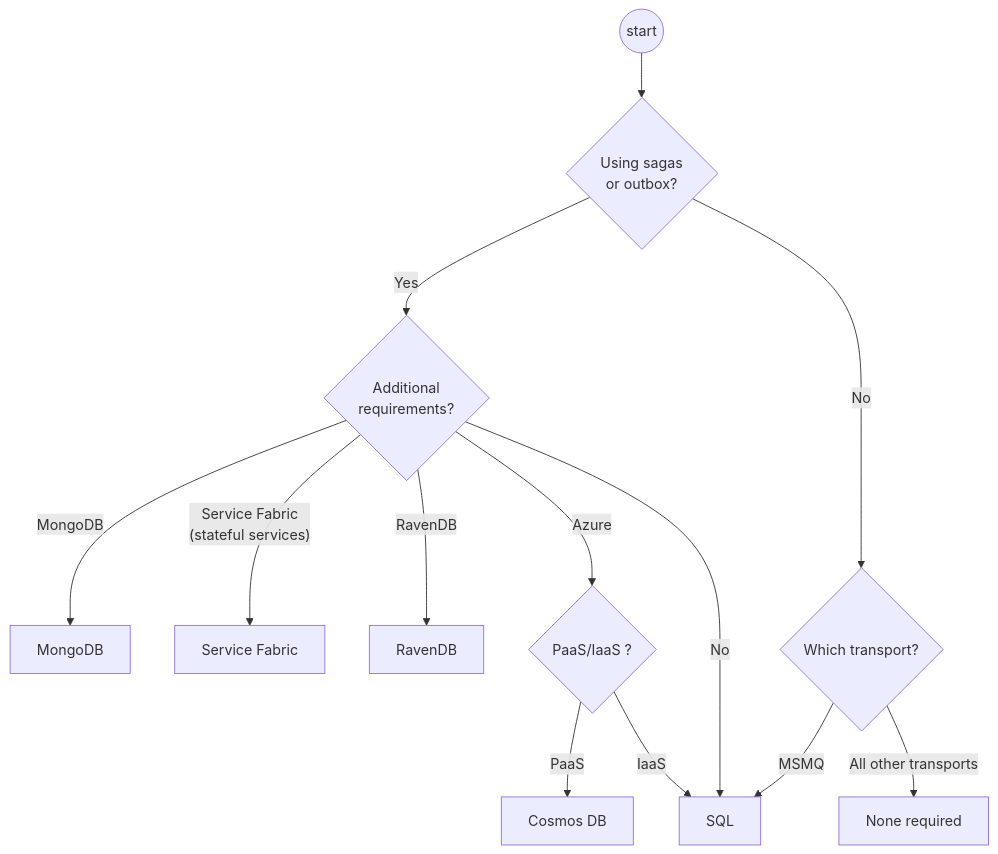
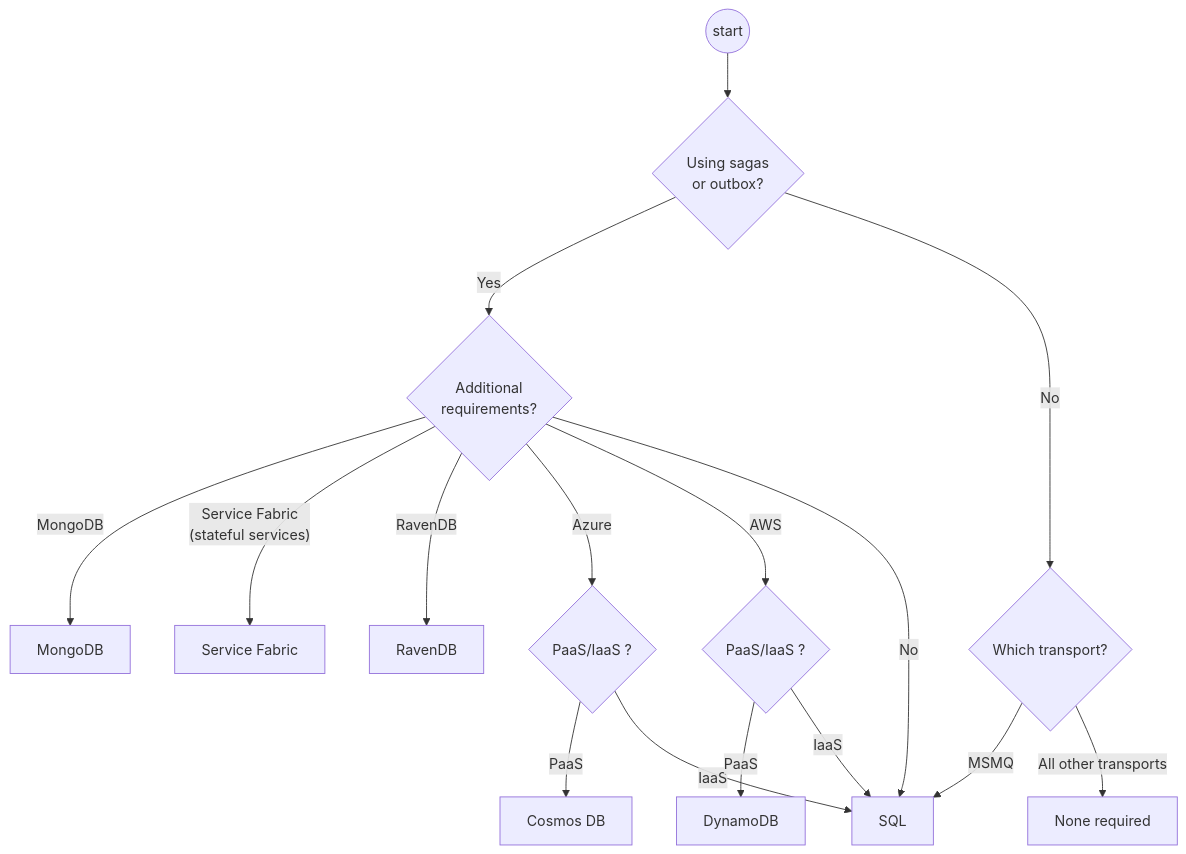
One commit to Particular/docs.particular.net changed the diagram in persistence/selecting.md. Above: the diagram before and after it, drawn with Mermaid.

Commit message:
Update selection graph

````diff
--- a/persistence/selecting.md
+++ b/persistence/selecting.md
@@ -27,15 +27,18 @@
 ```mermaid
 graph TD
 start((start)) --> A{Using sagas<br /> or outbox?}
 A --> |Yes|B{Additional<br />requirements?}
 A --> |No| I{Which transport?}
 I --> |MSMQ|L[SQL]
 I --> |All other transports|J[None required]
 B --> |MongoDB|M[MongoDB]
 B --> |"Service Fabric<br/>(stateful services)"|C[Service Fabric]
 B --> |RavenDB|E[RavenDB]
 B --> |Azure|Q{PaaS/IaaS ?}
+B --> |AWS|P{PaaS/IaaS ?}
 B --> |No|L
 Q --> |PaaS|G[Cosmos DB]
 Q --> |IaaS|L
+P --> |PaaS|H[DynamoDB]
+P --> |IaaS|L
 ```
````
